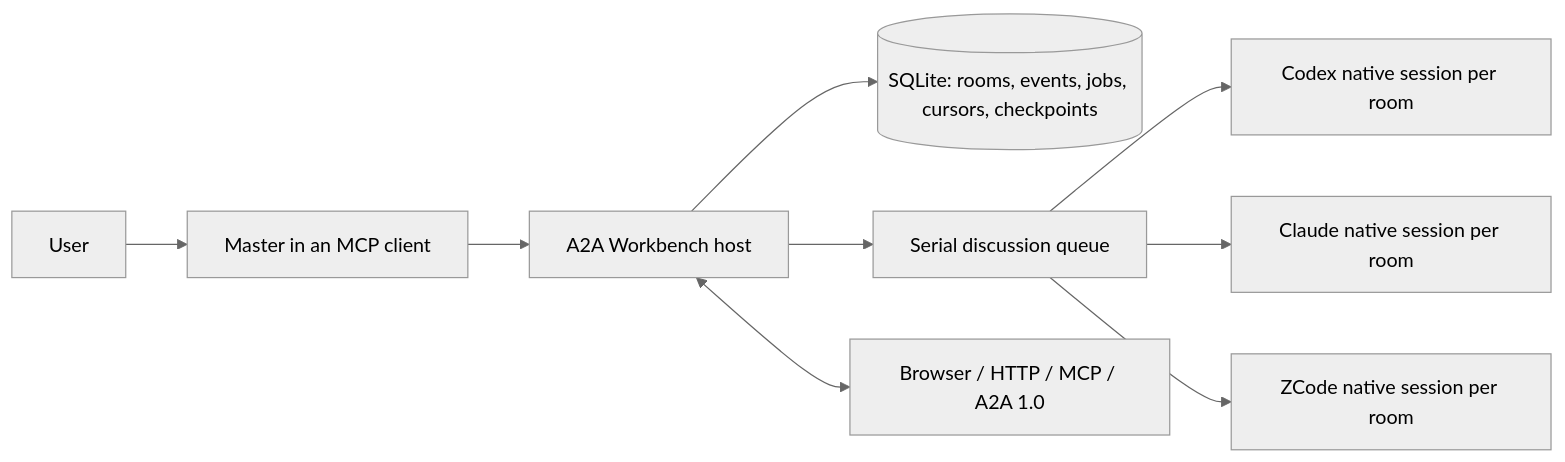
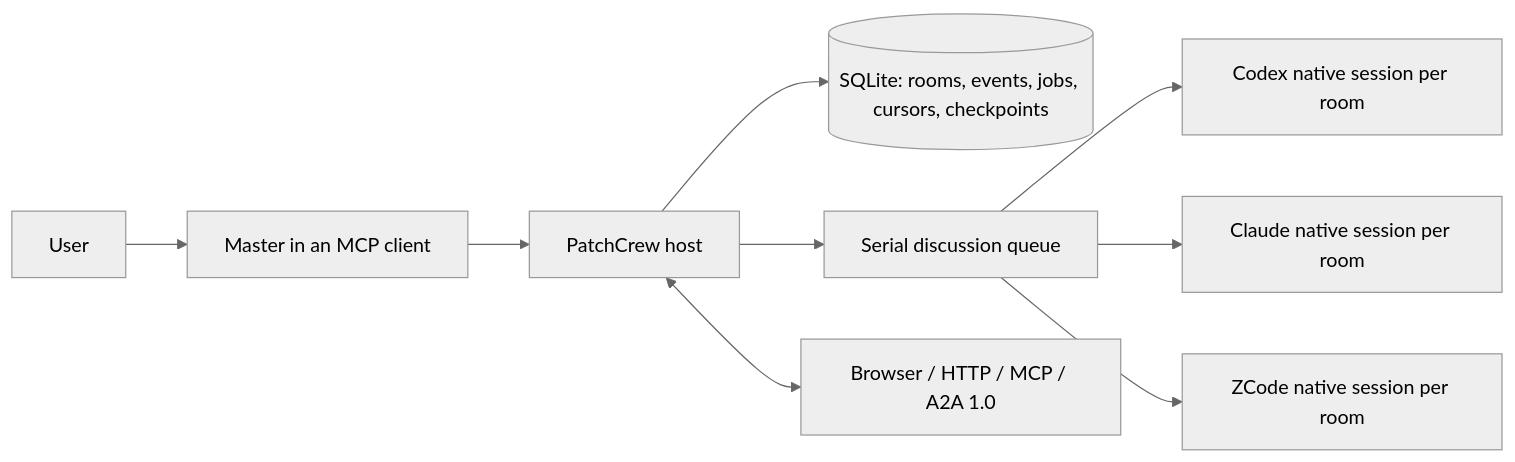
One commit to zhangsensen/a2a-workbench changed the diagram in README.md. Above: the diagram before and after it, drawn with Mermaid (neutral theme). The commit also changed other lines of this file and 11 other files, not shown here.

Commit message:
docs: rename project to PatchCrew

````diff
--- a/README.md
+++ b/README.md
@@ -91,11 +91,11 @@
 ```mermaid
 flowchart LR
     U[User] --> M[Master in an MCP client]
-    M --> H[A2A Workbench host]
+    M --> H[PatchCrew host]
     H --> DB[(SQLite: rooms, events, jobs, cursors, checkpoints)]
     H --> Q[Serial discussion queue]
     Q --> C[Codex native session per room]
     Q --> A[Claude native session per room]
     Q --> Z[ZCode native session per room]
     H <--> I[Browser / HTTP / MCP / A2A 1.0]
 ```
````
